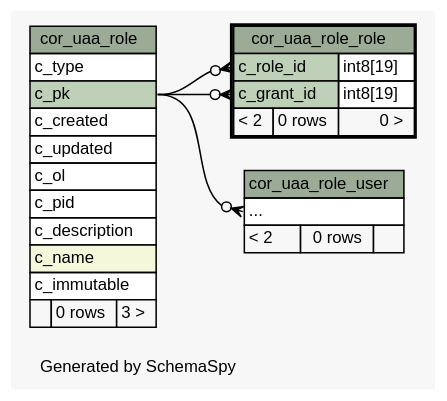
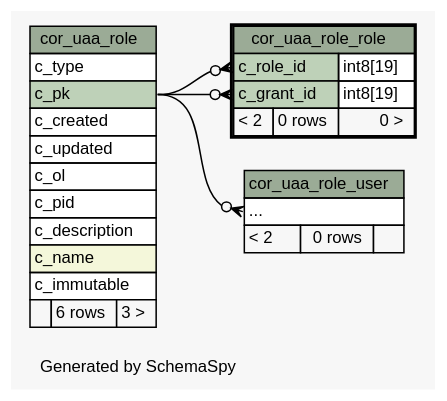
One commit to openwms/org.openwms.core.uaa changed the diagram in 1.1.0-SNAPSHOT/schemaspy/diagrams/cor_uaa_role_role.2degrees.dot. Above: the diagram before and after it, drawn with Graphviz. The commit also changed 240 other files, not shown here.

```diff
--- a/1.1.0-SNAPSHOT/schemaspy/diagrams/cor_uaa_role_role.2degrees.dot
+++ b/1.1.0-SNAPSHOT/schemaspy/diagrams/cor_uaa_role_role.2degrees.dot
@@ -1,64 +1,64 @@
-// dot 2.43.0 on Linux 5.4.0-1039-azure
+// dot 2.43.0 on Linux 5.4.0-1043-azure
 // SchemaSpy rev Unknown
 digraph "twoDegreesRelationshipsDiagram" {
   graph [
     rankdir="RL"
     bgcolor="#f7f7f7"
     label="\nGenerated by SchemaSpy"
     labeljust="l"
     nodesep="0.18"
     ranksep="0.46"
     fontname="Helvetica"
     fontsize="11"
   ];
   node [
     fontname="Helvetica"
     fontsize="11"
     shape="plaintext"
   ];
   edge [
     arrowsize="0.8"
   ];
   "cor_uaa_role_role":"c_grant_id":w -> "cor_uaa_role":"c_pk":e [arrowhead=none dir=back arrowtail=crowodot];
   "cor_uaa_role_role":"c_role_id":w -> "cor_uaa_role":"c_pk":e [arrowhead=none dir=back arrowtail=crowodot];
   "cor_uaa_role_user":"elipses":w -> "cor_uaa_role":"c_pk":e [arrowhead=none dir=back arrowtail=crowodot];
   "cor_uaa_role" [
     label=<
     <TABLE BORDER="0" CELLBORDER="1" CELLSPACING="0" BGCOLOR="#ffffff">
       <TR><TD COLSPAN="3" BGCOLOR="#9bab96" ALIGN="CENTER">cor_uaa_role</TD></TR>
       <TR><TD PORT="c_type" COLSPAN="3" ALIGN="LEFT">c_type</TD></TR>
       <TR><TD PORT="c_pk" COLSPAN="3" BGCOLOR="#bed1b8" ALIGN="LEFT">c_pk</TD></TR>
       <TR><TD PORT="c_created" COLSPAN="3" ALIGN="LEFT">c_created</TD></TR>
       <TR><TD PORT="c_updated" COLSPAN="3" ALIGN="LEFT">c_updated</TD></TR>
       <TR><TD PORT="c_ol" COLSPAN="3" ALIGN="LEFT">c_ol</TD></TR>
       <TR><TD PORT="c_pid" COLSPAN="3" ALIGN="LEFT">c_pid</TD></TR>
       <TR><TD PORT="c_description" COLSPAN="3" ALIGN="LEFT">c_description</TD></TR>
       <TR><TD PORT="c_name" COLSPAN="3" BGCOLOR="#f4f7da" ALIGN="LEFT">c_name</TD></TR>
       <TR><TD PORT="c_immutable" COLSPAN="3" ALIGN="LEFT">c_immutable</TD></TR>
-      <TR><TD ALIGN="LEFT" BGCOLOR="#f7f7f7">  </TD><TD ALIGN="RIGHT" BGCOLOR="#f7f7f7">0 rows</TD><TD ALIGN="RIGHT" BGCOLOR="#f7f7f7">3 &gt;</TD></TR>
+      <TR><TD ALIGN="LEFT" BGCOLOR="#f7f7f7">  </TD><TD ALIGN="RIGHT" BGCOLOR="#f7f7f7">6 rows</TD><TD ALIGN="RIGHT" BGCOLOR="#f7f7f7">3 &gt;</TD></TR>
     </TABLE>>
     URL="cor_uaa_role.html"
     tooltip="cor_uaa_role"
   ];
   "cor_uaa_role_role" [
     label=<
     <TABLE BORDER="2" CELLBORDER="1" CELLSPACING="0" BGCOLOR="#ffffff">
       <TR><TD COLSPAN="3" BGCOLOR="#9bab96" ALIGN="CENTER">cor_uaa_role_role</TD></TR>
       <TR><TD PORT="c_role_id" COLSPAN="2" BGCOLOR="#bed1b8" ALIGN="LEFT">c_role_id</TD><TD PORT="c_role_id.type" ALIGN="LEFT">int8[19]</TD></TR>
       <TR><TD PORT="c_grant_id" COLSPAN="2" BGCOLOR="#bed1b8" ALIGN="LEFT">c_grant_id</TD><TD PORT="c_grant_id.type" ALIGN="LEFT">int8[19]</TD></TR>
       <TR><TD ALIGN="LEFT" BGCOLOR="#f7f7f7">&lt; 2</TD><TD ALIGN="RIGHT" BGCOLOR="#f7f7f7">0 rows</TD><TD ALIGN="RIGHT" BGCOLOR="#f7f7f7">0 &gt;</TD></TR>
     </TABLE>>
     URL="cor_uaa_role_role.html"
     tooltip="cor_uaa_role_role"
   ];
   "cor_uaa_role_user" [
     label=<
     <TABLE BORDER="0" CELLBORDER="1" CELLSPACING="0" BGCOLOR="#ffffff">
       <TR><TD COLSPAN="3" BGCOLOR="#9bab96" ALIGN="CENTER">cor_uaa_role_user</TD></TR>
       <TR><TD PORT="elipses" COLSPAN="3" ALIGN="LEFT">...</TD></TR>
       <TR><TD ALIGN="LEFT" BGCOLOR="#f7f7f7">&lt; 2</TD><TD ALIGN="RIGHT" BGCOLOR="#f7f7f7">0 rows</TD><TD ALIGN="RIGHT" BGCOLOR="#f7f7f7">  </TD></TR>
     </TABLE>>
     URL="cor_uaa_role_user.html"
     tooltip="cor_uaa_role_user"
   ];
 }
```
